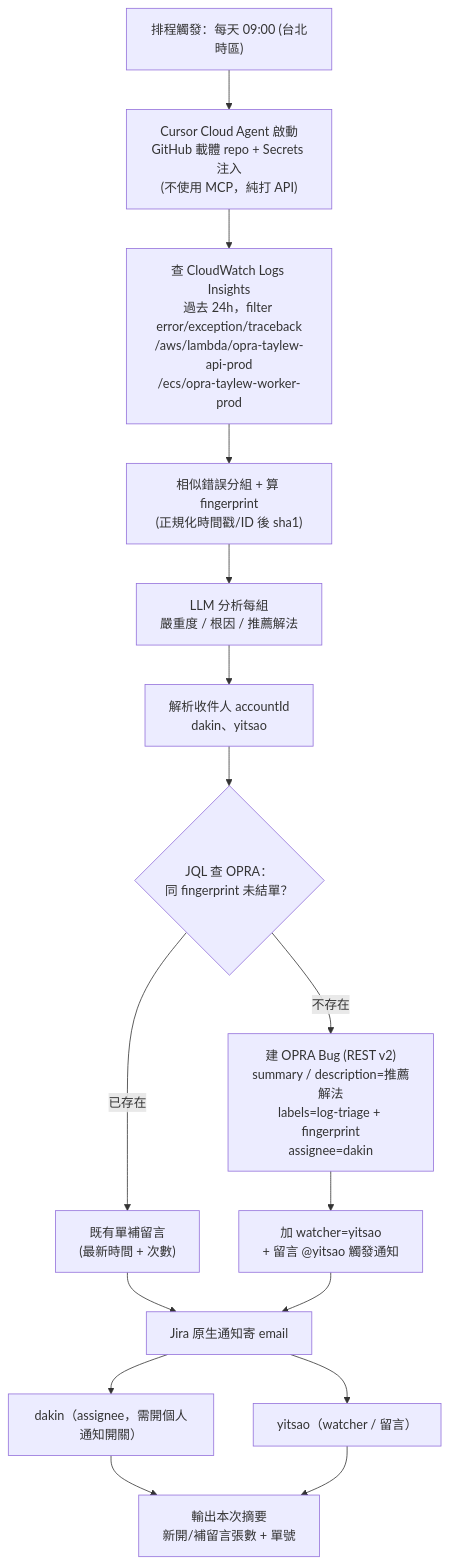
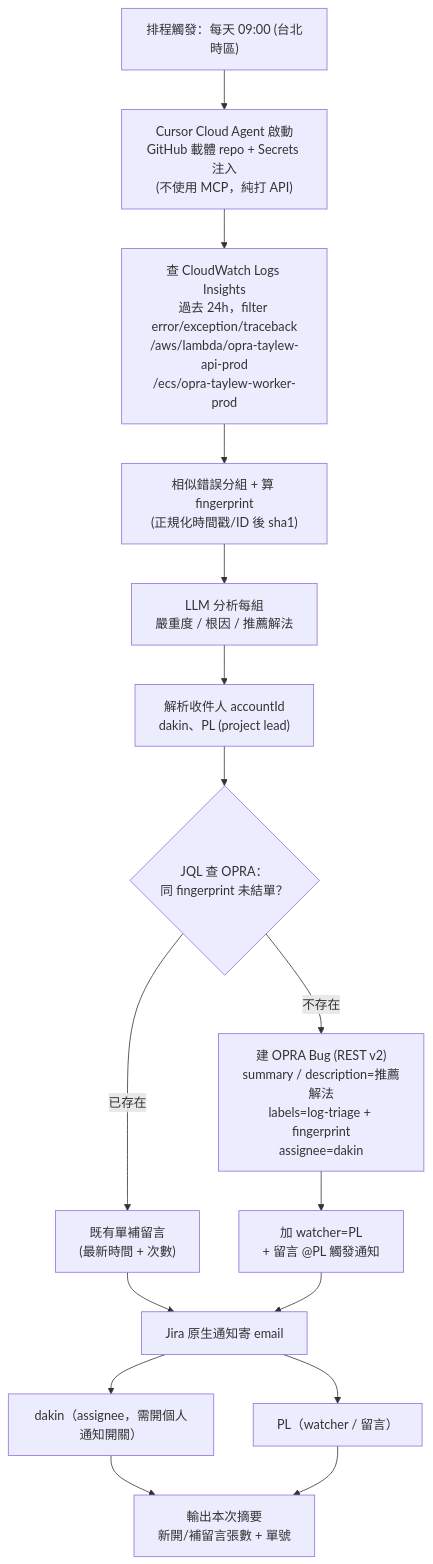
Before and after one commit to dakinwu/Ops-Automations: the diagram in README.md, drawn with Mermaid.

Commit message:
chore: Update recipient accountId and watcher notifications

````diff
--- a/README.md
+++ b/README.md
@@ -4,18 +4,18 @@
 ```mermaid
 flowchart TD
     cron["排程觸發：每天 09:00 (台北時區)"] --> agent["Cursor Cloud Agent 啟動<br/>GitHub 載體 repo + Secrets 注入<br/>(不使用 MCP，純打 API)"]
     agent --> query["查 CloudWatch Logs Insights<br/>過去 24h，filter error/exception/traceback<br/>/aws/lambda/opra-taylew-api-prod<br/>/ecs/opra-taylew-worker-prod"]
     query --> group["相似錯誤分組 + 算 fingerprint<br/>(正規化時間戳/ID 後 sha1)"]
     group --> llm["LLM 分析每組<br/>嚴重度 / 根因 / 推薦解法"]
-    llm --> resolve["解析收件人 accountId<br/>dakin、yitsao"]
+    llm --> resolve["解析收件人 accountId<br/>dakin、PL (project lead)"]
     resolve --> dedupe{"JQL 查 OPRA：<br/>同 fingerprint 未結單？"}
     dedupe -->|"已存在"| comment["既有單補留言<br/>(最新時間 + 次數)"]
     dedupe -->|"不存在"| create["建 OPRA Bug (REST v2)<br/>summary / description=推薦解法<br/>labels=log-triage + fingerprint<br/>assignee=dakin"]
-    create --> watcher["加 watcher=yitsao<br/>+ 留言 @yitsao 觸發通知"]
+    create --> watcher["加 watcher=PL<br/>+ 留言 @PL 觸發通知"]
     comment --> notify["Jira 原生通知寄 email"]
     watcher --> notify
     notify --> mailDakin["dakin（assignee，需開個人通知開關）"]
-    notify --> mailYitsao["yitsao（watcher / 留言）"]
+    notify --> mailPL["PL（watcher / 留言）"]
     mailDakin --> summary["輸出本次摘要<br/>新開/補留言張數 + 單號"]
-    mailYitsao --> summary
+    mailPL --> summary
 ```
````
